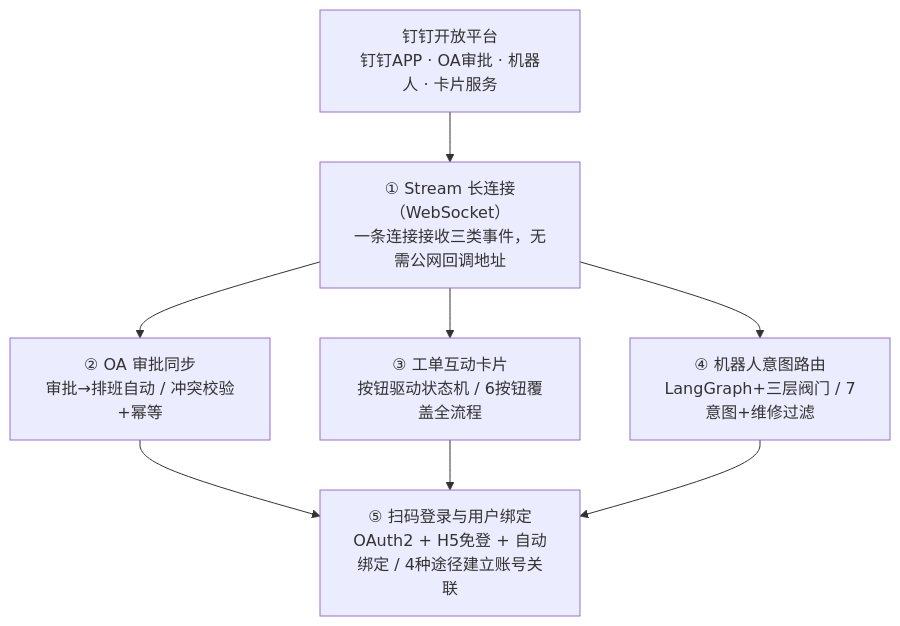
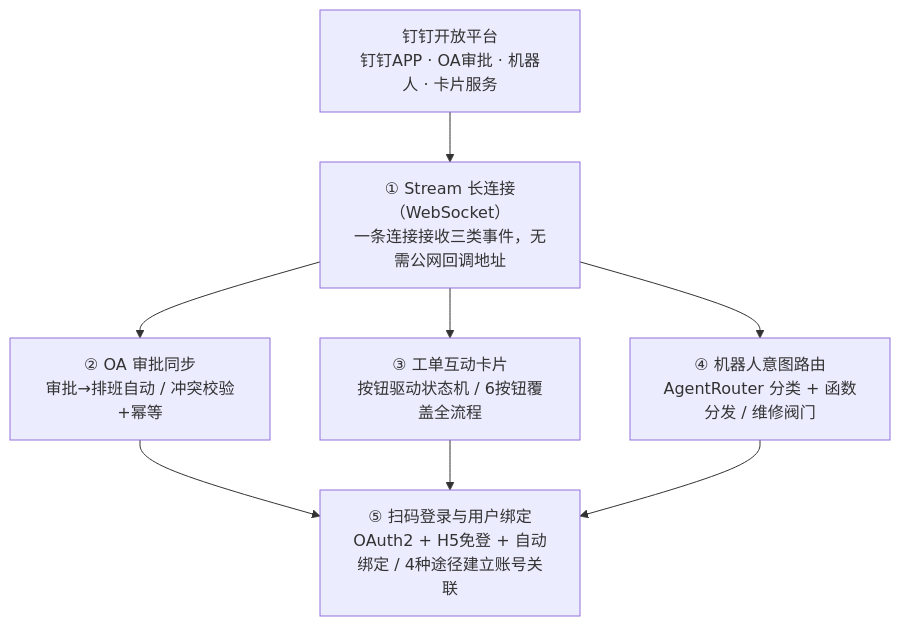
Before and after one commit to SHUN-EI/Car-Repair-System: the seventh of 9 diagrams in 项目说明/检索链路讲解稿_含钉钉模块.md, drawn with Mermaid. The commit also changed other lines of this file and 15 other files, not shown here.

Commit message:
修改langgraph图

````diff
--- a/项目说明/检索链路讲解稿_含钉钉模块.md
+++ b/项目说明/检索链路讲解稿_含钉钉模块.md
@@ -465,10 +465,10 @@
 ```mermaid
 flowchart TD
     A["钉钉开放平台<br/>钉钉APP · OA审批 · 机器人 · 卡片服务"] --> B["① Stream 长连接（WebSocket）<br/>一条连接接收三类事件，无需公网回调地址"]
     B --> C["② OA 审批同步<br/>审批→排班自动 / 冲突校验+幂等"]
     B --> D["③ 工单互动卡片<br/>按钮驱动状态机 / 6按钮覆盖全流程"]
-    B --> E["④ 机器人意图路由<br/>LangGraph+三层阀门 / 7意图+维修过滤"]
+    B --> E["④ 机器人意图路由<br/>AgentRouter 分类 + 函数分发 / 维修阀门"]
     C --> F["⑤ 扫码登录与用户绑定<br/>OAuth2 + H5免登 + 自动绑定 / 4种途径建立账号关联"]
     D --> F
     E --> F
 ```
````
